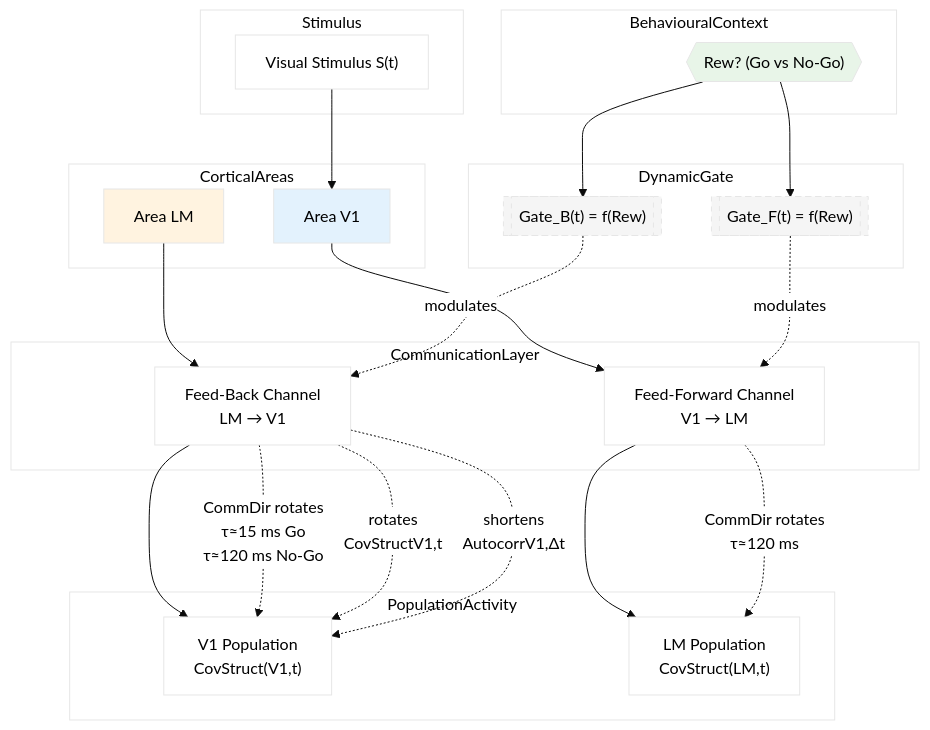
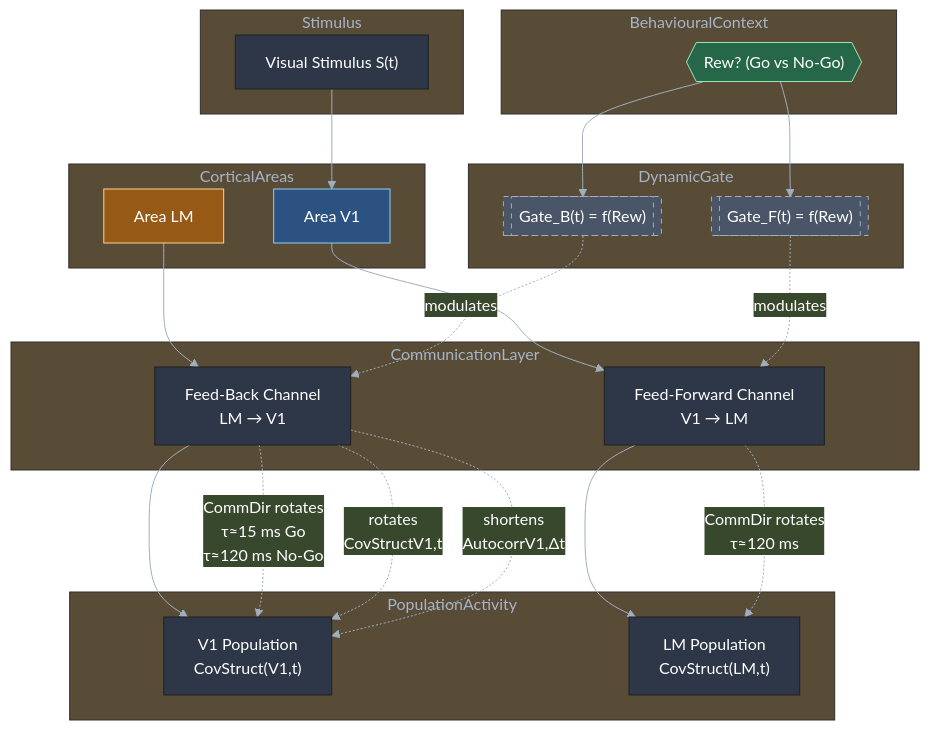
The diagram in tenstorrent/kernel_talk/AUG_26_2025/dynamic_cortex.md (danindiana/Deep_Convo_GPT), drawn with Mermaid before and after one commit.

````diff
--- a/tenstorrent/kernel_talk/AUG_26_2025/dynamic_cortex.md
+++ b/tenstorrent/kernel_talk/AUG_26_2025/dynamic_cortex.md
@@ -1,59 +1,60 @@
 ```mermaid
-%%{init: {'theme':'base', 'themeVariables': { 'primaryColor': '#ffffff', 'primaryTextColor': '#000000' }}}%%
+%%{init: {'theme':'base', 'themeVariables': { 'primaryColor': '#2d3748', 'primaryTextColor': '#ffffff', 'lineColor': '#a0aec0', 'textColor': '#ffffff' }}}%%
 
 flowchart TD
     subgraph Stimulus
         S["Visual Stimulus S(t)"]
     end
     
     subgraph BehaviouralContext
         Rew{{"Rew? (Go vs No-Go)"}}
     end
     
     subgraph CorticalAreas
         V1["Area V1"]
         LM["Area LM"]
     end
     
     subgraph CommunicationLayer
         FF["Feed-Forward Channel\nV1 → LM"]
         FB["Feed-Back Channel\nLM → V1"]
     end
     
     subgraph DynamicGate
         G1[["Gate_F(t) = f(Rew)"]]
         G2[["Gate_B(t) = f(Rew)"]]
     end
     
     subgraph PopulationActivity
         V1Pop["V1 Population\nCovStruct(V1,t)"]
         LMPop["LM Population\nCovStruct(LM,t)"]
     end
     
     %% Static wiring
     S --> V1
     V1 --> FF
     FF --> LMPop
     LM --> FB
     FB --> V1Pop
     
     %% Contextual gating
     Rew --> G1
     Rew --> G2
     G1 -.->|modulates| FF
     G2 -.->|modulates| FB
     
     %% Dynamic rotation indicators
     FF -.->|CommDir rotates\nτ≈120 ms| LMPop
     FB -.->|CommDir rotates\nτ≈15 ms Go\nτ≈120 ms No-Go| V1Pop
     
     %% Feedback-specific effects
     FB -.->|rotates\nCovStructV1,t| V1Pop
     FB -.->|shortens\nAutocorrV1,Δt| V1Pop
     
-    style G1 fill:#f5f5f5,stroke-dasharray: 5 5
-    style G2 fill:#f5f5f5,stroke-dasharray: 5 5
-    style Rew fill:#e8f5e8
-    style V1 fill:#e3f2fd
-    style LM fill:#fff3e0
+    %% Dark theme styles
+    style G1 fill:#4a5568,stroke:#a0aec0,stroke-dasharray: 5 5,color:#ffffff
+    style G2 fill:#4a5568,stroke:#a0aec0,stroke-dasharray: 5 5,color:#ffffff
+    style Rew fill:#276749,stroke:#9ae6b4,color:#ffffff
+    style V1 fill:#2c5282,stroke:#90cdf4,color:#ffffff
+    style LM fill:#975a16,stroke:#fbd38d,color:#ffffff
 ```
````
